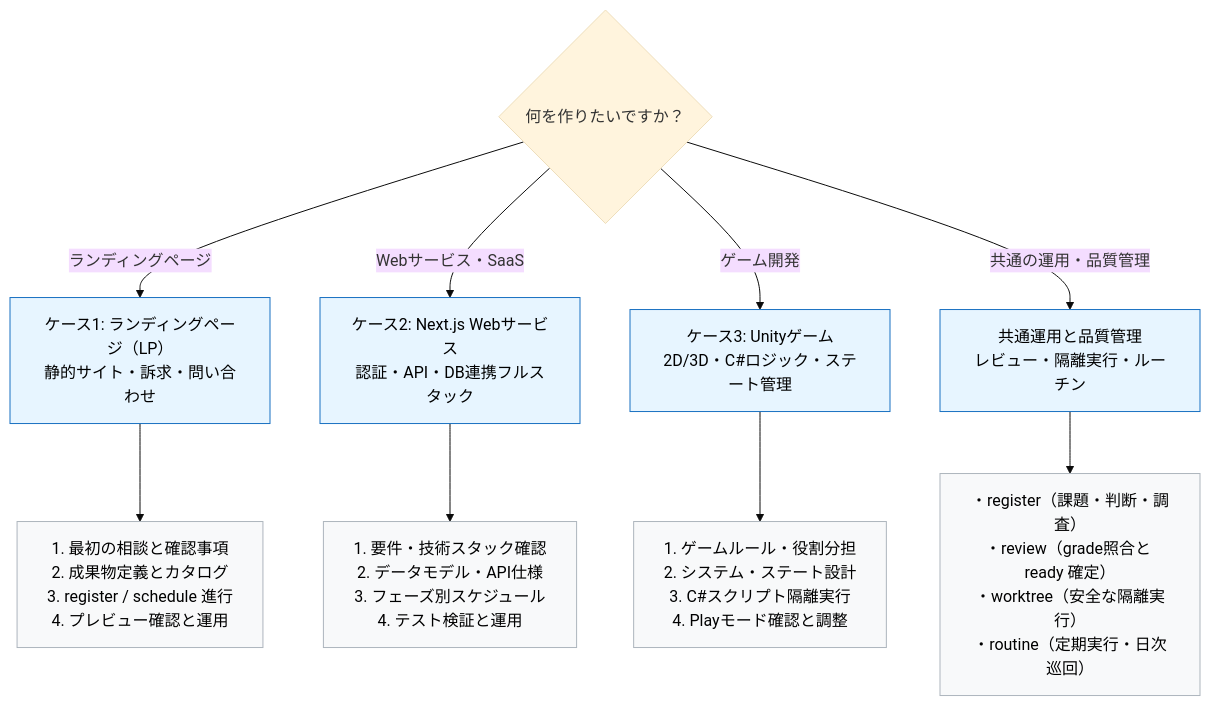
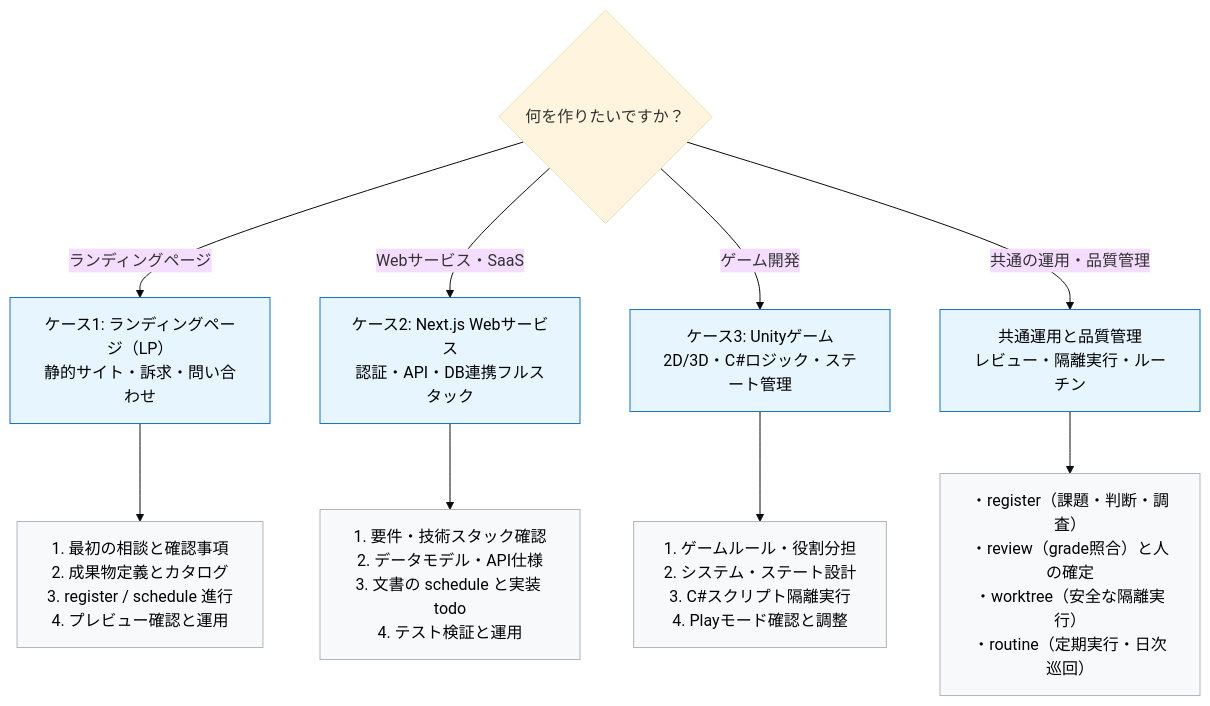
The diagram in docs/ja/specdojo/guides/use-case-guide.md (specdojo/specdojo), drawn with Mermaid (base theme) before and after one commit. The commit also changed other lines of this file and 9 other files, not shown here.

````diff
--- a/docs/ja/specdojo/guides/use-case-guide.md
+++ b/docs/ja/specdojo/guides/use-case-guide.md
@@ -43,18 +50,18 @@
 ```mermaid
 flowchart TD
   Q{"何を作りたいですか？"}
   Q -->|ランディングページ| C1["ケース1: ランディングページ（LP）<br/>静的サイト・訴求・問い合わせ"]
   Q -->|Webサービス・SaaS| C2["ケース2: Next.js Webサービス<br/>認証・API・DB連携フルスタック"]
   Q -->|ゲーム開発| C3["ケース3: Unityゲーム<br/>2D/3D・C#ロジック・ステート管理"]
   Q -->|共通の運用・品質管理| C4["共通運用と品質管理<br/>レビュー・隔離実行・ルーチン"]
 
   C1 --> D1["1. 最初の相談と確認事項<br/>2. 成果物定義とカタログ<br/>3. register / schedule 進行<br/>4. プレビュー確認と運用"]
-  C2 --> D2["1. 要件・技術スタック確認<br/>2. データモデル・API仕様<br/>3. フェーズ別スケジュール<br/>4. テスト検証と運用"]
+  C2 --> D2["1. 要件・技術スタック確認<br/>2. データモデル・API仕様<br/>3. 文書の schedule と実装 todo<br/>4. テスト検証と運用"]
   C3 --> D3["1. ゲームルール・役割分担<br/>2. システム・ステート設計<br/>3. C#スクリプト隔離実行<br/>4. Playモード確認と調整"]
-  C4 --> D4["・register（課題・判断・調査）<br/>・review（grade照合と ready 確定）<br/>・worktree（安全な隔離実行）<br/>・routine（定期実行・日次巡回）"]
+  C4 --> D4["・register（課題・判断・調査）<br/>・review（grade照合）と人の確定<br/>・worktree（安全な隔離実行）<br/>・routine（定期実行・日次巡回）"]
 
   classDef caseNode fill:#e7f5ff,stroke:#1971c2,color:#000;
   classDef detailNode fill:#f8f9fa,stroke:#adb5bd,color:#000;
   class C1,C2,C3,C4 caseNode;
   class D1,D2,D3,D4 detailNode;
 ```
````
